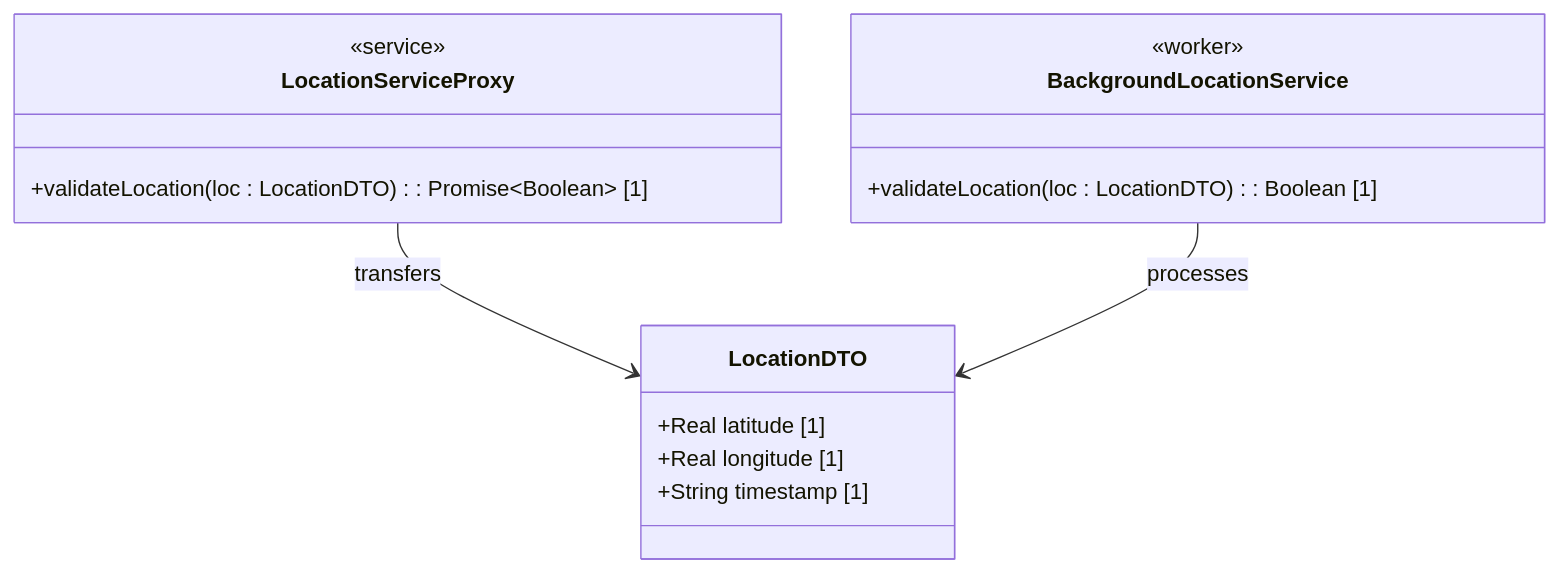
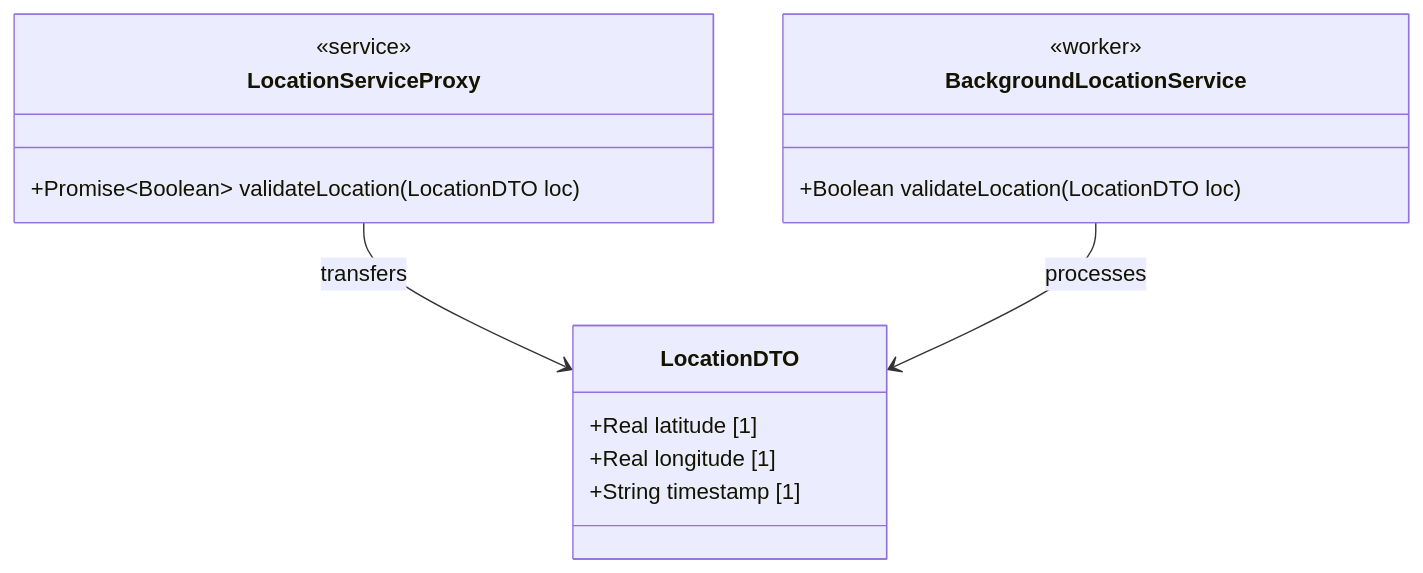
Before and after one commit to gintatkinson/digital-pipeline-repo: the second of 2 diagrams in docs/decisions/uml_frontend_alignment_audit.md, drawn with Mermaid. The commit also changed other lines of this file and 16 other files, not shown here.

Commit message:
feat: implement fix_mermaid_colons.py and repair existing Mermaid class diagrams

````diff
--- a/docs/decisions/uml_frontend_alignment_audit.md
+++ b/docs/decisions/uml_frontend_alignment_audit.md
@@ -96,18 +96,18 @@
 ```mermaid
 classDiagram
     class LocationDTO {
         +Real latitude [1]
         +Real longitude [1]
         +String timestamp [1]
     }
     class LocationServiceProxy {
         <<service>>
-        +validateLocation(loc : LocationDTO) : Promise~Boolean~ [1]
+        +Promise~Boolean~ validateLocation(LocationDTO loc)
     }
     class BackgroundLocationService {
         <<worker>>
-        +validateLocation(loc : LocationDTO) : Boolean [1]
+        +Boolean validateLocation(LocationDTO loc)
     }
     LocationServiceProxy --> LocationDTO : transfers
     BackgroundLocationService --> LocationDTO : processes
 ```
````
